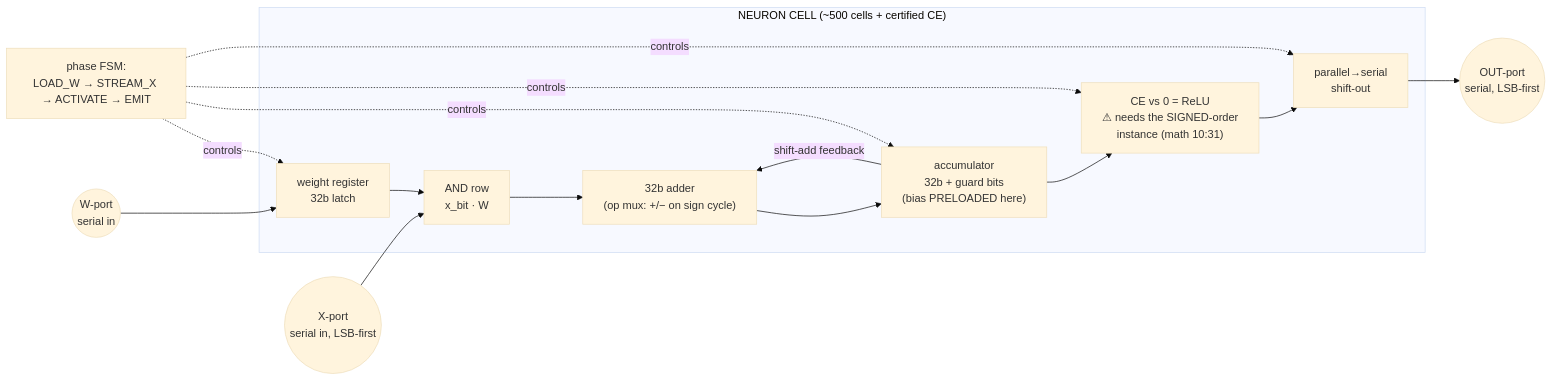
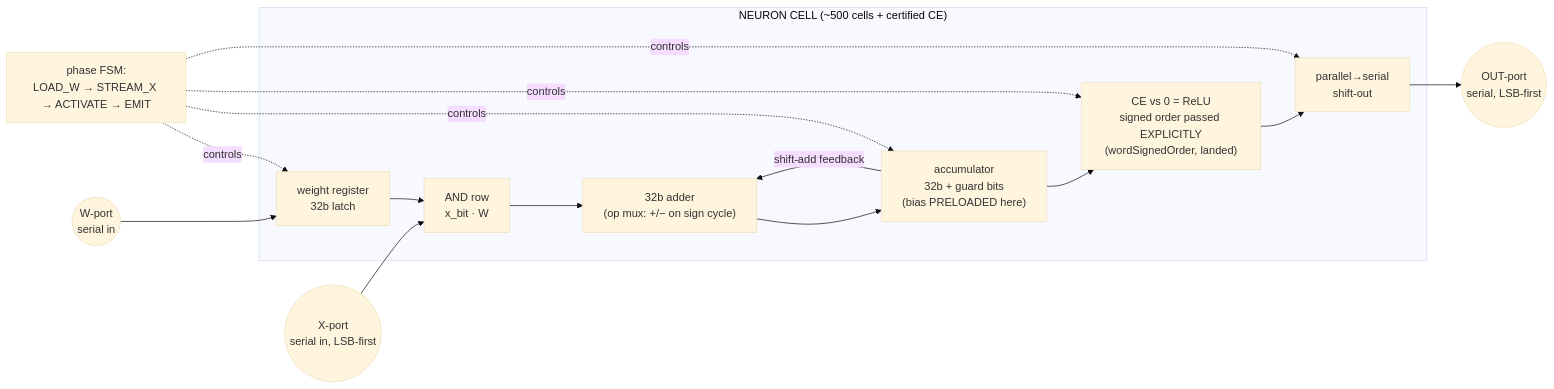
One commit to jyh/saltworks changed the first of 2 diagrams in docs/neural-fabric-poc-design-v1.md. Above: the diagram before and after it, drawn with Mermaid (base theme). The commit also changed other lines of this file and 1 other file, not shown here.

Commit message:
saltworks: PoC package v1.2 — compiler's counter-correction folded (wordSignedOrder LANDED; requirement re-scoped from missing-ingredient to instantiation discipline: pass the bundle explicitly, never an instance); story entry rewritten as the two-round arc

````diff
--- a/docs/neural-fabric-poc-design-v1.md
+++ b/docs/neural-fabric-poc-design-v1.md
@@ -25,17 +25,17 @@
 ```mermaid
 flowchart LR
   subgraph CELL["NEURON CELL (~500 cells + certified CE)"]
     WREG["weight register<br/>32b latch"]
     AND["AND row<br/>x_bit · W"]
     ADD["32b adder<br/>(op mux: +/− on sign cycle)"]
     ACC["accumulator<br/>32b + guard bits<br/>(bias PRELOADED here)"]
-    CE["CE vs 0 = ReLU<br/>⚠ needs the SIGNED-order<br/>instance (math 10:31)"]
+    CE["CE vs 0 = ReLU<br/>signed order passed EXPLICITLY<br/>(wordSignedOrder, landed)"]
     SER["parallel→serial<br/>shift-out"]
   end
   WP(("W-port<br/>serial in")) --> WREG
   XP(("X-port<br/>serial in, LSB-first")) --> AND
   WREG --> AND --> ADD --> ACC
   ACC -->|shift-add feedback| ADD
   ACC --> CE --> SER --> OP(("OUT-port<br/>serial, LSB-first"))
   FSM["phase FSM:<br/>LOAD_W → STREAM_X → ACTIVATE → EMIT"] -.controls.-> WREG & ACC & CE & SER
 ```
````
